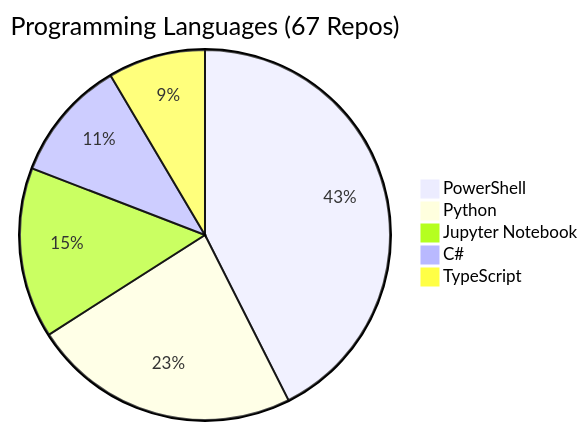
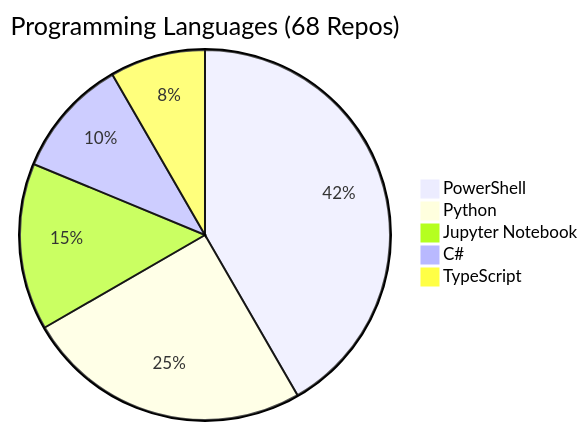
One commit to fabioc-aloha/fabioc-aloha changed the diagram in REPOS.md. Above: the diagram before and after it, drawn with Mermaid. The commit also changed other lines of this file and 1 other file, not shown here.

````diff
--- a/REPOS.md
+++ b/REPOS.md
@@ -110,8 +111,8 @@
 ```mermaid
-pie title Programming Languages (67 Repos)
+pie title Programming Languages (68 Repos)
     "PowerShell" : 20
-    "Python" : 11
+    "Python" : 12
     "Jupyter Notebook" : 7
     "C#" : 5
     "TypeScript" : 4
 ```
````
